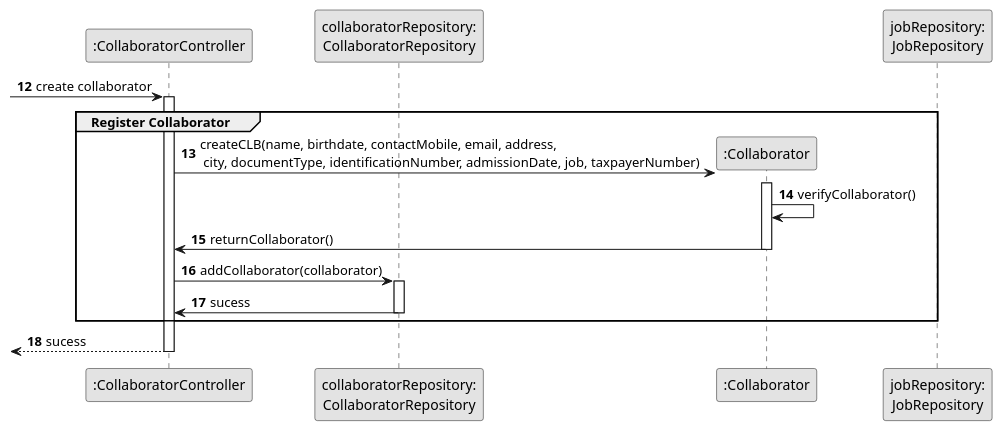
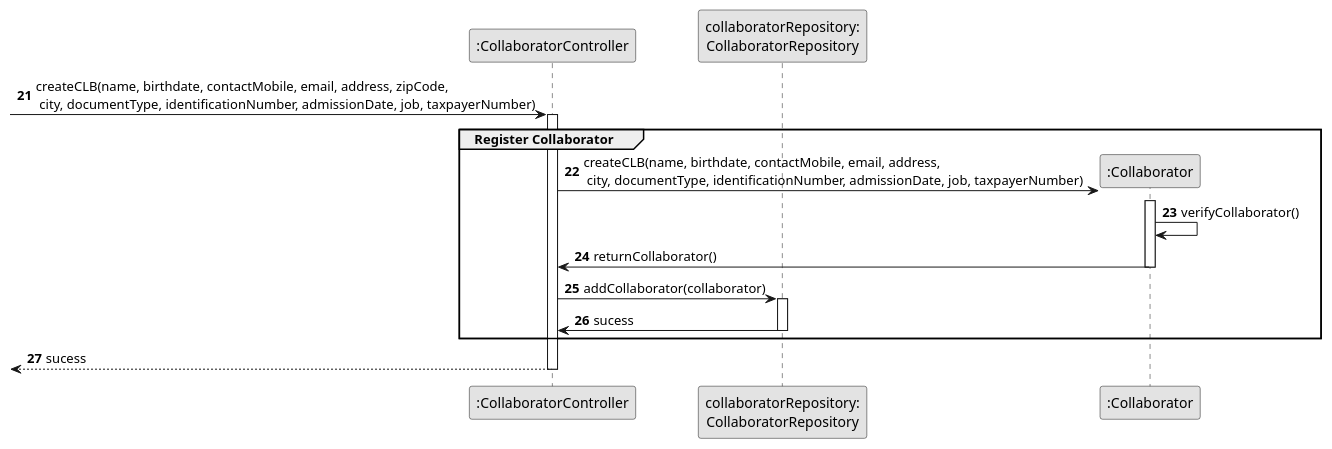
The diagram in docs/sprintB/us003/03.design/puml/us003-sequence-diagram-partial-register-collab.puml (RicardoMorim/lapr2-ISEP-Project), drawn with PlantUML before and after one commit. The commit also changed 2 other files, not shown here.

Commit message:
Updated design of US003 (sequence-diagram-partial-get-collaborator-repository / sequence-diagram-partial-register-collab / sequence-diagram-split)

```diff
--- a/docs/sprintB/us003/03.design/puml/us003-sequence-diagram-partial-register-collab.puml
+++ b/docs/sprintB/us003/03.design/puml/us003-sequence-diagram-partial-register-collab.puml
@@ -1,40 +1,40 @@
 @startuml
 skinparam monochrome true
 skinparam packageStyle rectangle
 skinparam shadowing false
 
 participant ":CollaboratorController" as CTRL
 participant "collaboratorRepository:\nCollaboratorRepository" as CLBREP
 participant ":Collaborator" as CLB
-participant "jobRepository:\nJobRepository" as jobRepository
 
-autonumber 12
--> CTRL : create collaborator
-autonumber 13
+autonumber 21
+-> CTRL : createCLB(name, birthdate, contactMobile, email, address, zipCode,\n city, documentType, identificationNumber, admissionDate, job, taxpayerNumber)
+
+autonumber 22
 
 activate CTRL
     group Register Collaborator
         CTRL -> CLB** : createCLB(name, birthdate, contactMobile, email, address,\n city, documentType, identificationNumber, admissionDate, job, taxpayerNumber)
 
         activate CLB
             CLB -> CLB : verifyCollaborator()
 
             CLB -> CTRL : returnCollaborator()
         deactivate CLB
 
         CTRL -> CLBREP: addCollaborator(collaborator)
 
         activate CLBREP
 
             CLBREP -> CTRL : sucess
         deactivate CLBREP
 
     end group
 
-    autonumber 18
+    autonumber 27
     <-- CTRL : sucess
 
 deactivate CTRL
 
 
 @enduml
```
